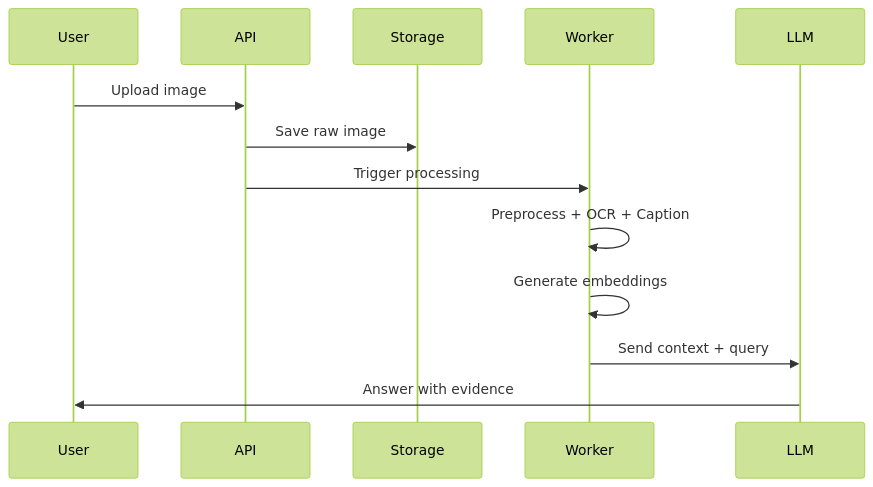
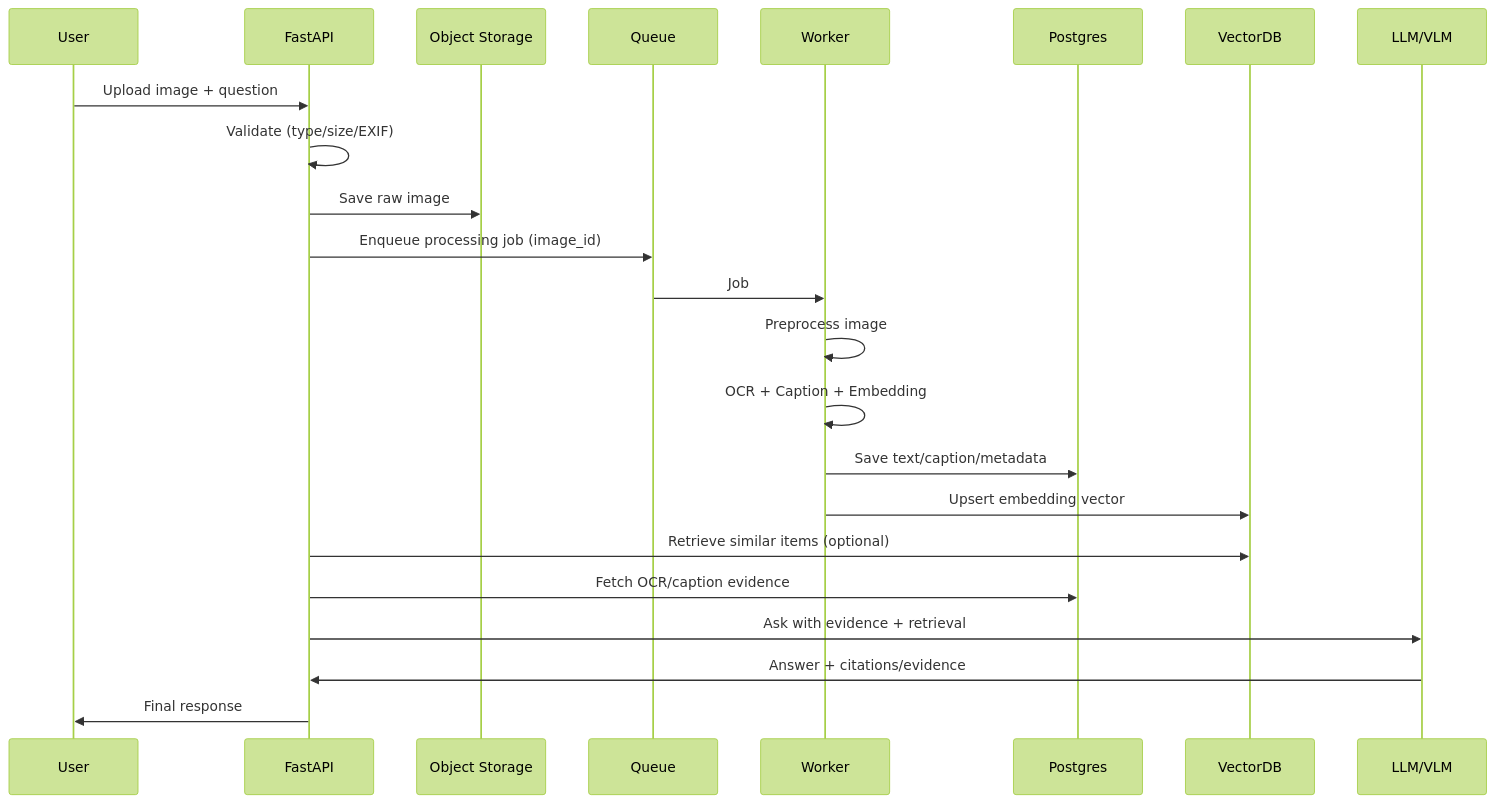
One commit to debojyoti-sfspl/Image-Processing-Understanding changed the second of 5 diagrams in Image_Processing_and_Understanding.md. Above: the diagram before and after it, drawn with Mermaid (forest theme). The commit also changed other lines of this file, not shown here.

````diff
--- a/Image_Processing_and_Understanding.md
+++ b/Image_Processing_and_Understanding.md
@@ -52,16 +53,29 @@
 ```mermaid
 sequenceDiagram
-    participant User
-    participant API
-    participant Storage
-    participant Worker
-    participant LLM
+  participant User
+  participant API as FastAPI
+  participant Store as Object Storage
+  participant Q as Queue
+  participant W as Worker
+  participant DB as Postgres
+  participant VDB as VectorDB
+  participant LLM as LLM/VLM
 
-    User->>API: Upload image
-    API->>Storage: Save raw image
-    API->>Worker: Trigger processing
-    Worker->>Worker: Preprocess + OCR + Caption
-    Worker->>Worker: Generate embeddings
-    Worker->>LLM: Send context + query
-    LLM->>User: Answer with evidence
+  User->>API: Upload image + question
+  API->>API: Validate (type/size/EXIF)
+  API->>Store: Save raw image
+  API->>Q: Enqueue processing job (image_id)
+
+  Q->>W: Job
+  W->>W: Preprocess image
+  W->>W: OCR + Caption + Embedding
+  W->>DB: Save text/caption/metadata
+  W->>VDB: Upsert embedding vector
+
+  API->>VDB: Retrieve similar items (optional)
+  API->>DB: Fetch OCR/caption evidence
+  API->>LLM: Ask with evidence + retrieval
+  LLM->>API: Answer + citations/evidence
+  API->>User: Final response
+
 ```
````
